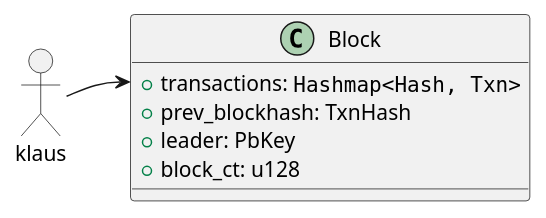
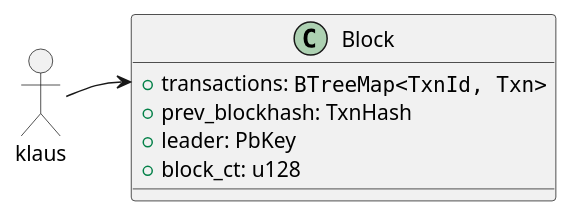
Before and after one commit to mrlucciola/proof-of-stake: the diagram in docs/diagrams/blocks.puml, drawn with PlantUML. The commit also changed 5 other files, not shown here.

```diff
--- a/docs/diagrams/blocks.puml
+++ b/docs/diagrams/blocks.puml
@@ -1,16 +1,16 @@
 @startuml
 allowmixing
 
 ' `-`: private, `#`: protected, `~`: package private, `+`: public
 class "Block" as bl {
-  +transactions: ""Hashmap<Hash, Txn>""
+  +transactions: ""BTreeMap<TxnId, Txn>""
   +prev_blockhash: TxnHash
   +leader: PbKey
   +block_ct: u128
 }
 
 actor klaus
 
 klaus -> bl::transactions
 
 @enduml
```
